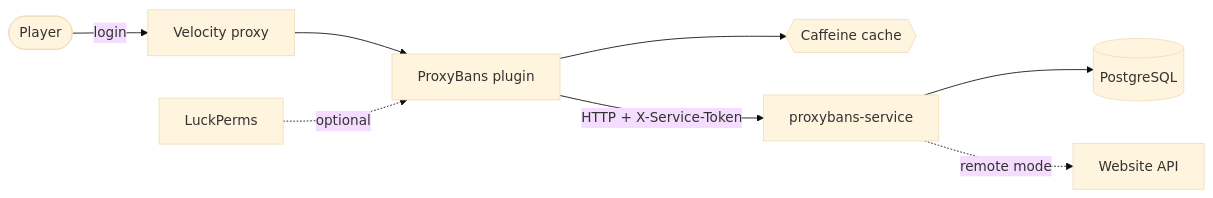
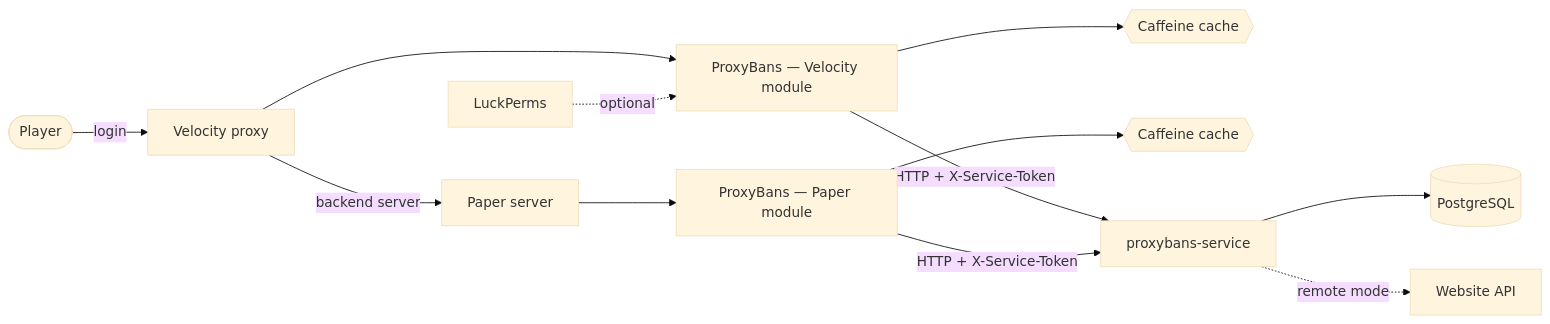
The diagram in README.md (vanFEK/proxypunishments-plugin-example), drawn with Mermaid (base theme) before and after one commit. The commit also changed other lines of this file and 102 other files, not shown here.

First line of the commit message:
feat: add a Paper module and punish beyond bans

````diff
--- a/README.md
+++ b/README.md
@@ -23,10 +24,14 @@
 ```mermaid
 flowchart LR
     P([Player]) -->|login| V[Velocity proxy]
-    V --> PL[ProxyBans plugin]
+    V --> PL[ProxyBans — Velocity module]
+    V -->|backend server| B[Paper server]
+    B --> PP[ProxyBans — Paper module]
     PL --> C{{Caffeine cache}}
+    PP --> C2{{Caffeine cache}}
     PL -->|HTTP + X-Service-Token| S[proxybans-service]
+    PP -->|HTTP + X-Service-Token| S
     S --> DB[(PostgreSQL)]
     S -.->|remote mode| W[Website API]
     LP[LuckPerms] -.->|optional| PL
 ```
````
